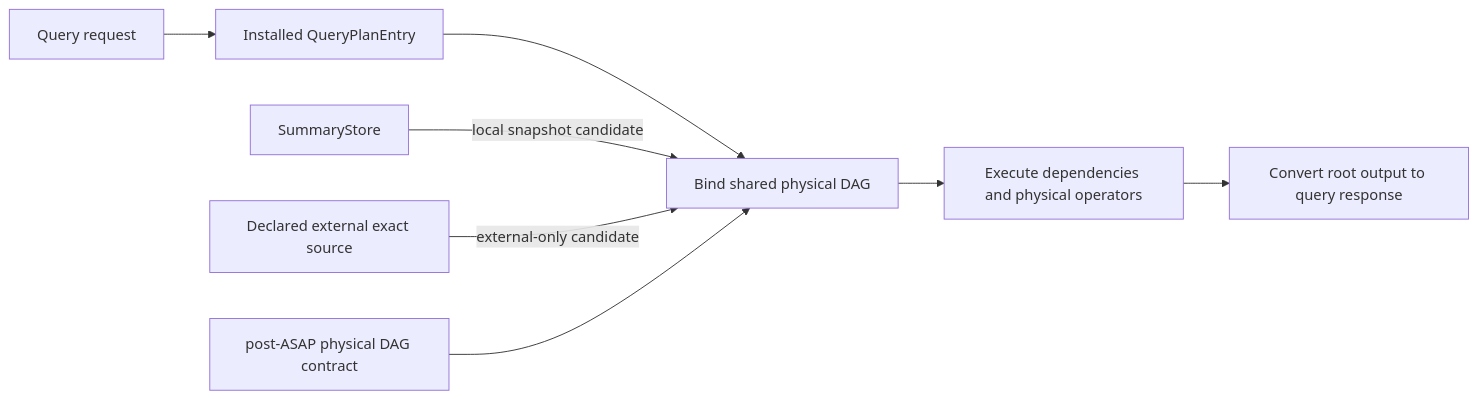
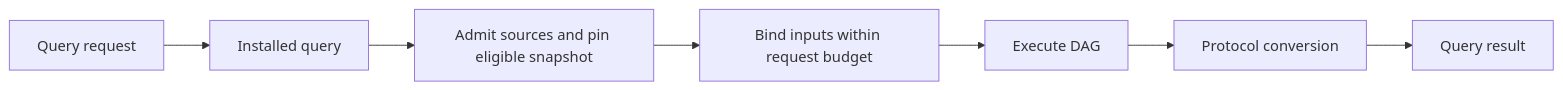
One commit to ProjectASAP/ASAPQuery-backend changed the third of 4 diagrams in docs/design_docs/query-dag-execution.md. Above: the diagram before and after it, drawn with Mermaid. The commit also changed other lines of this file and 1 other file, not shown here.

Commit message:
docs: structure query DAG design around ownership and execution contracts

````diff
--- a/docs/design_docs/query-dag-execution.md
+++ b/docs/design_docs/query-dag-execution.md
@@ -34,10 +161,8 @@
 ```mermaid
 flowchart LR
-  Request[Query request] --> Entry[Installed QueryPlanEntry]
-  Entry --> Bind[Bind shared physical DAG]
-  Bind --> Run[Execute dependencies and physical operators]
-  Run --> Result[Convert root output to query response]
-  Store[SummaryStore] -->|local snapshot candidate| Bind
-  Exact[Declared external exact source] -->|external-only candidate| Bind
-  Planner[post-ASAP physical DAG contract] --> Bind
+    Request["Query request"] --> Entry["Installed query"]
+    Entry --> Validate["Admit sources and pin eligible snapshot"]
+    Validate --> Bind["Bind inputs within request budget"]
+    Bind --> Execute["Execute DAG"]
+    Execute --> Convert["Protocol conversion"] --> Result["Query result"]
 ```
````
